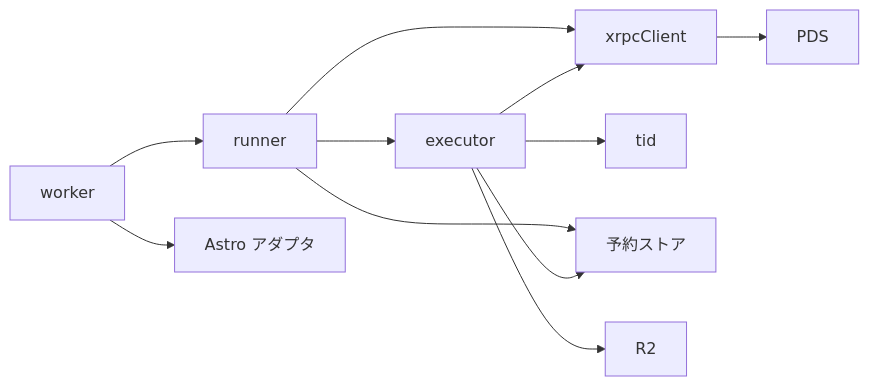
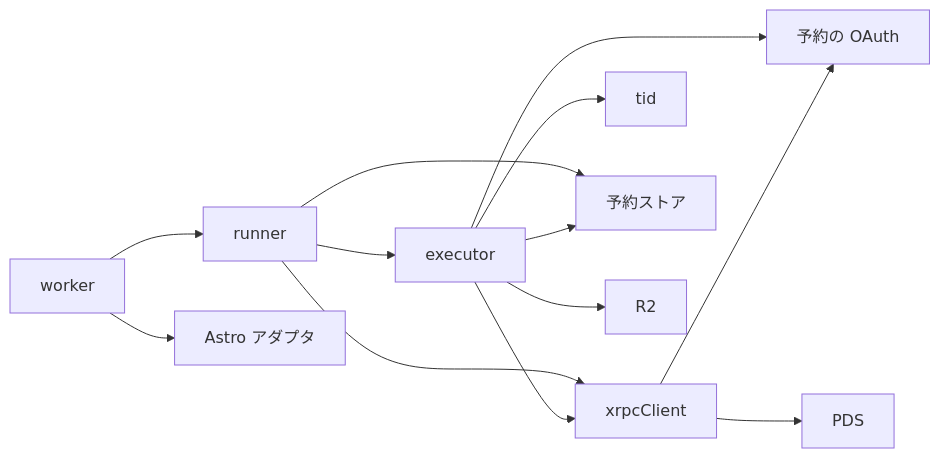
Before and after one commit to nekono-dev/skyshare: the first of 3 diagrams in specs/schedule-runner/design.md, drawn with Mermaid. The commit also changed other lines of this file and 88 other files, not shown here.

````diff
--- a/specs/schedule-runner/design.md
+++ b/specs/schedule-runner/design.md
@@ -17,13 +17,15 @@
 ```mermaid
 flowchart LR
   worker --> runner
   worker --> ext_astro["Astro アダプタ"]
   runner --> executor
   runner --> xrpcClient
   executor --> xrpcClient
+  executor --> ext_oauth["予約の OAuth"]
+  xrpcClient --> ext_oauth
   executor --> tid
   runner --> ext_store["予約ストア"]
   executor --> ext_store
   xrpcClient --> ext_pds["PDS"]
   executor --> ext_r2["R2"]
 ```
````
